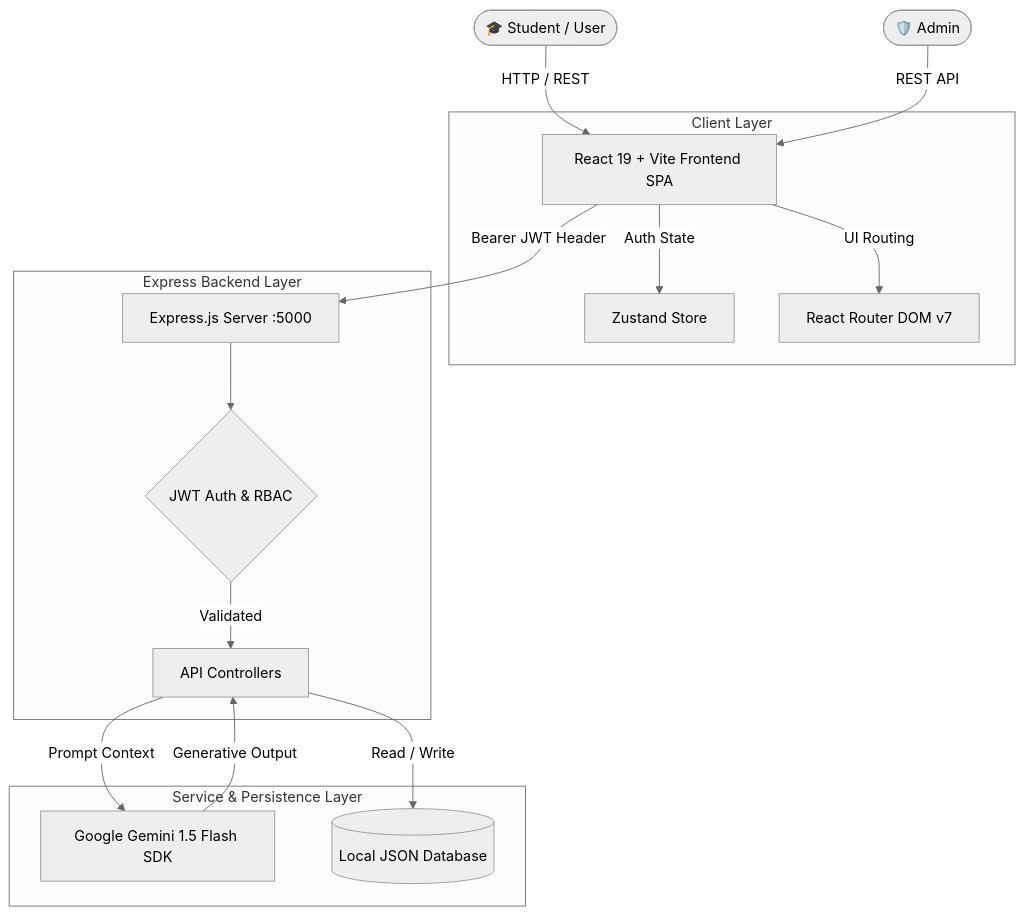
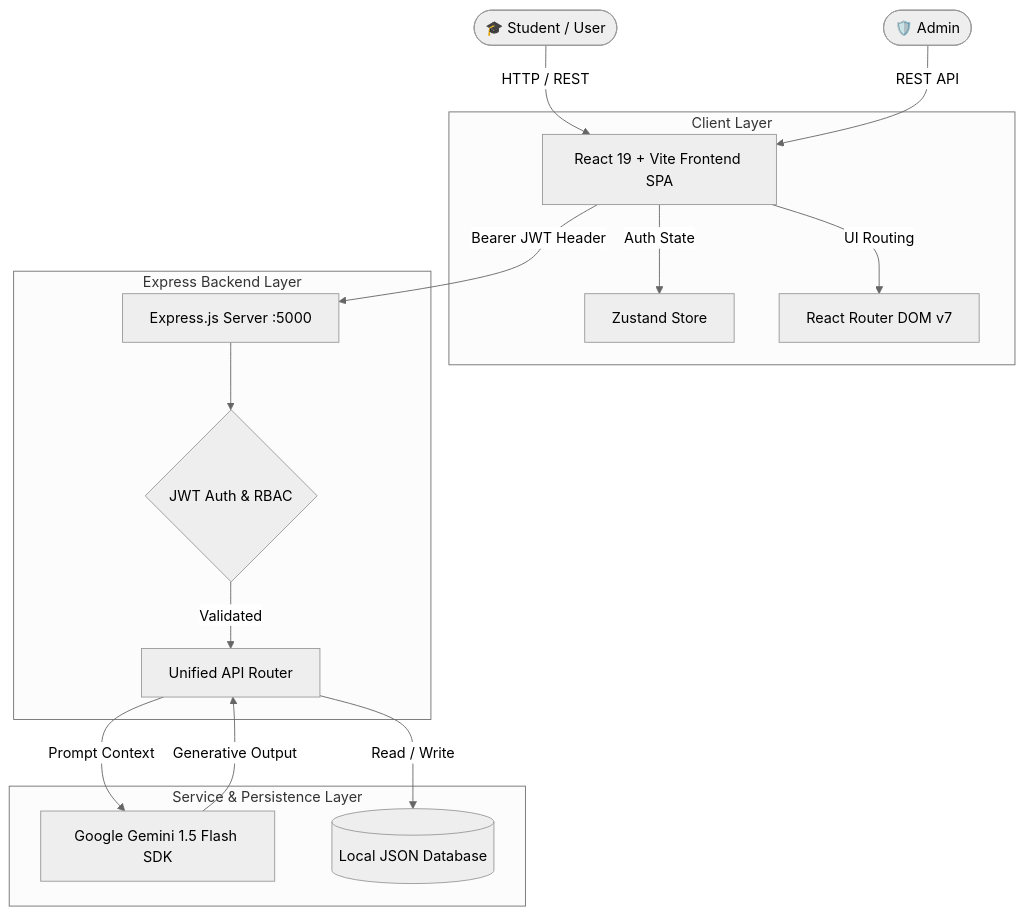
The first of 2 diagrams in README.md (sachin-saroj/college-project-career-guidance), drawn with Mermaid (neutral theme) before and after one commit. The commit also changed other lines of this file and 8 other files, not shown here.

````diff
--- a/README.md
+++ b/README.md
@@ -89,22 +178,22 @@
 ```mermaid
 graph TD
     User([🎓 Student / User]) -->|HTTP / REST| FrontendV2[React 19 + Vite Frontend SPA]
     Admin([🛡️ Admin]) -->|REST API| FrontendV2
     
     subgraph Client Layer
         FrontendV2 -->|Auth State| Zustand[Zustand Store]
         FrontendV2 -->|UI Routing| ReactRouter[React Router DOM v7]
     end
     
     subgraph Express Backend Layer
         FrontendV2 -->|Bearer JWT Header| ExpressServer[Express.js Server :5000]
         ExpressServer --> AuthMiddleware{JWT Auth & RBAC}
-        AuthMiddleware -->|Validated| RouteHandlers[API Controllers]
+        AuthMiddleware -->|Validated| RouteHandlers[Unified API Router]
     end
 
     subgraph Service & Persistence Layer
         RouteHandlers -->|Prompt Context| GeminiSDK[Google Gemini 1.5 Flash SDK]
         RouteHandlers -->|Read / Write| LocalDB[(Local JSON Database)]
         GeminiSDK -->|Generative Output| RouteHandlers
     end
 ```
````
